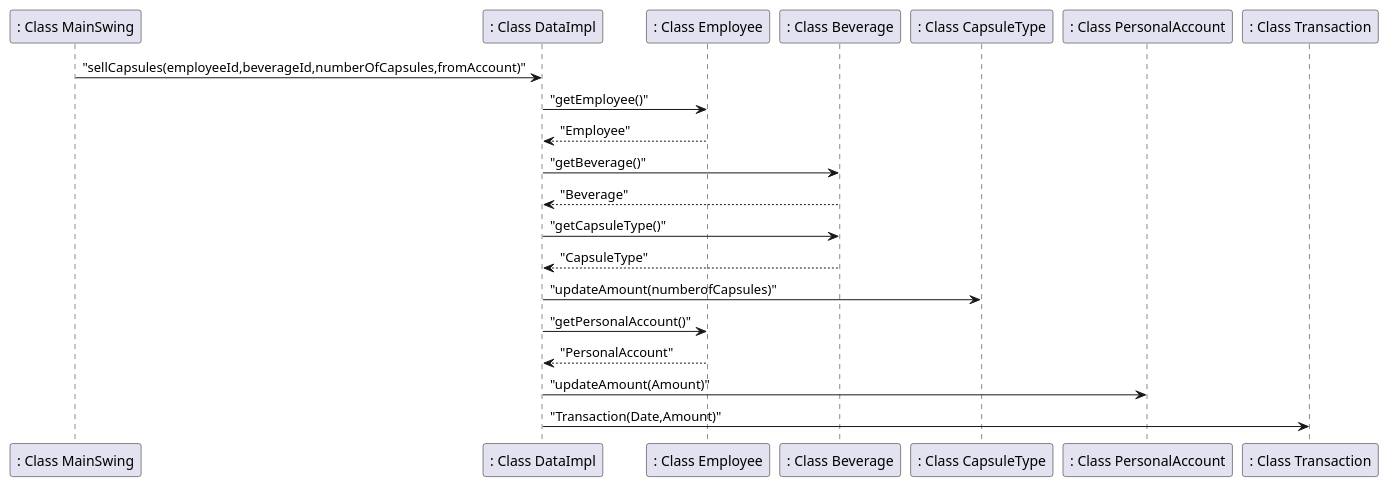
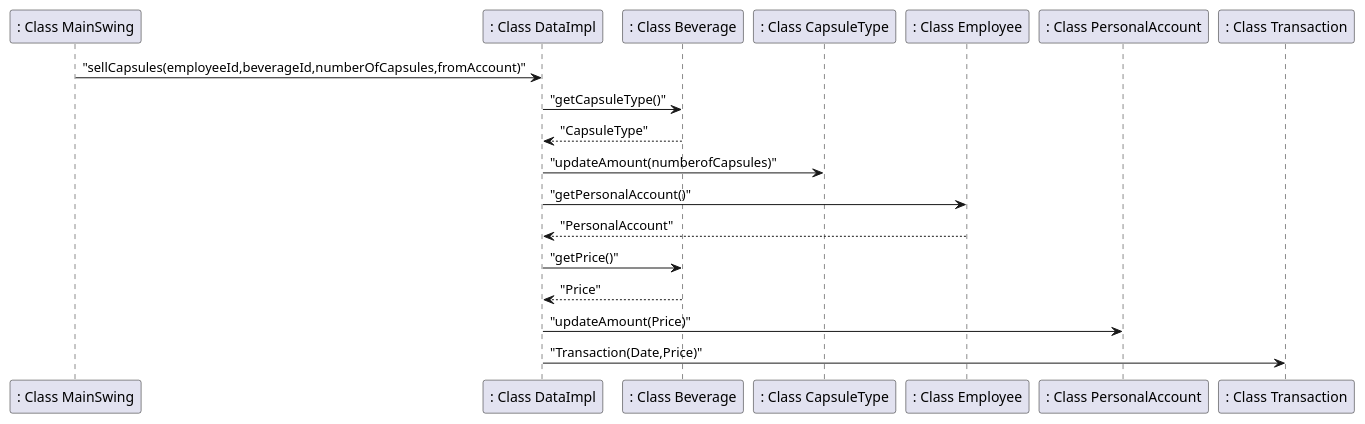
The sixth of 7 diagrams in templates/DesignDocumentTemplate.md (salvatore-dimartino/LaTazza), drawn with PlantUML before and after one commit. The commit also changed other lines of this file, not shown here.

````diff
--- a/templates/DesignDocumentTemplate.md
+++ b/templates/DesignDocumentTemplate.md
@@ -282,14 +282,12 @@
 ```plantuml
 ": Class MainSwing" -> ": Class DataImpl": "sellCapsules(employeeId,beverageId,numberOfCapsules,fromAccount)"
-": Class DataImpl" -> ": Class Employee": "getEmployee()"
-": Class Employee" --> ": Class DataImpl": "Employee"
-": Class DataImpl" -> ": Class Beverage": "getBeverage()"
-": Class Beverage" --> ": Class DataImpl": "Beverage"
 ": Class DataImpl" -> ": Class Beverage": "getCapsuleType()"
 ": Class Beverage" --> ": Class DataImpl": "CapsuleType"
 ": Class DataImpl" -> ": Class CapsuleType": "updateAmount(numberofCapsules)"
 ": Class DataImpl" -> ": Class Employee": "getPersonalAccount()"
 ": Class Employee" --> ": Class DataImpl": "PersonalAccount"
-": Class DataImpl" -> ": Class PersonalAccount": "updateAmount(Amount)"
-": Class DataImpl" -> ": Class Transaction": "Transaction(Date,Amount)"
+": Class DataImpl" -> ": Class Beverage": "getPrice()"
+": Class Beverage" --> ": Class DataImpl": "Price"
+": Class DataImpl" -> ": Class PersonalAccount": "updateAmount(Price)"
+": Class DataImpl" -> ": Class Transaction": "Transaction(Date,Price)"
 ```
````
